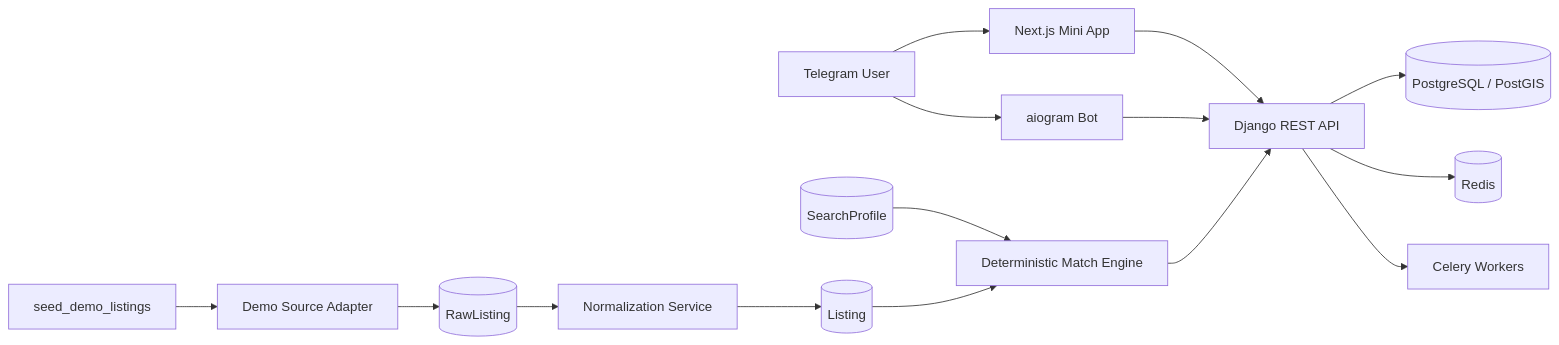
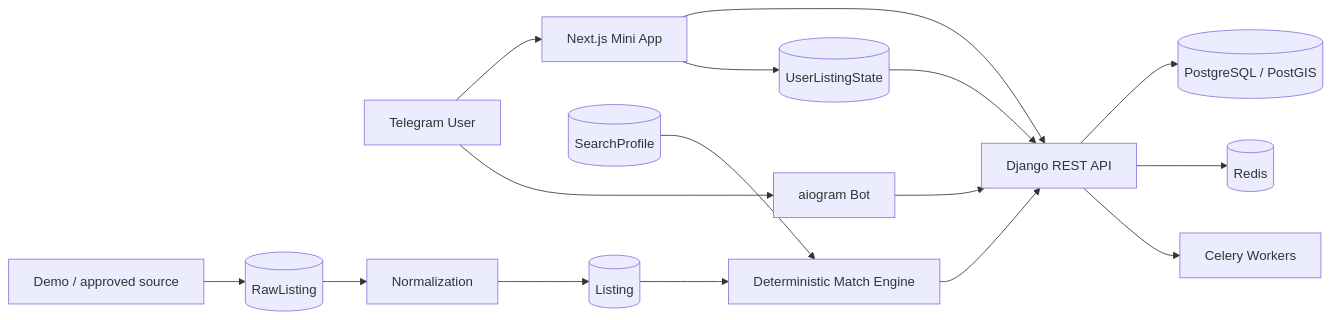
One commit to Ke1fosao/FlatHunter-AI changed the diagram in README.md. Above: the diagram before and after it, drawn with Mermaid. The commit also changed other lines of this file, not shown here.

Commit message:
docs: document Stage 5 Mini App workspace

````diff
--- a/README.md
+++ b/README.md
@@ -29,17 +30,18 @@
 ```mermaid
 flowchart LR
-    TG[Telegram User] --> BOT[aiogram Bot]
-    TG --> MINI[Next.js Mini App]
+    TG[Telegram User] --> MINI[Next.js Mini App]
+    TG --> BOT[aiogram Bot]
     MINI --> API[Django REST API]
     BOT --> API
-    CMD[seed_demo_listings] --> ADAPTER[Demo Source Adapter]
-    ADAPTER --> RAW[(RawListing)]
-    RAW --> NORMALIZE[Normalization Service]
+    PROFILE[(SearchProfile)] --> MATCH[Deterministic Match Engine]
+    SOURCE[Demo / approved source] --> RAW[(RawListing)]
+    RAW --> NORMALIZE[Normalization]
     NORMALIZE --> LISTING[(Listing)]
-    PROFILE[(SearchProfile)] --> MATCH[Deterministic Match Engine]
     LISTING --> MATCH
     MATCH --> API
+    MINI --> STATE[(UserListingState)]
+    STATE --> API
     API --> DB[(PostgreSQL / PostGIS)]
     API --> REDIS[(Redis)]
     API --> CELERY[Celery Workers]
 ```
````
